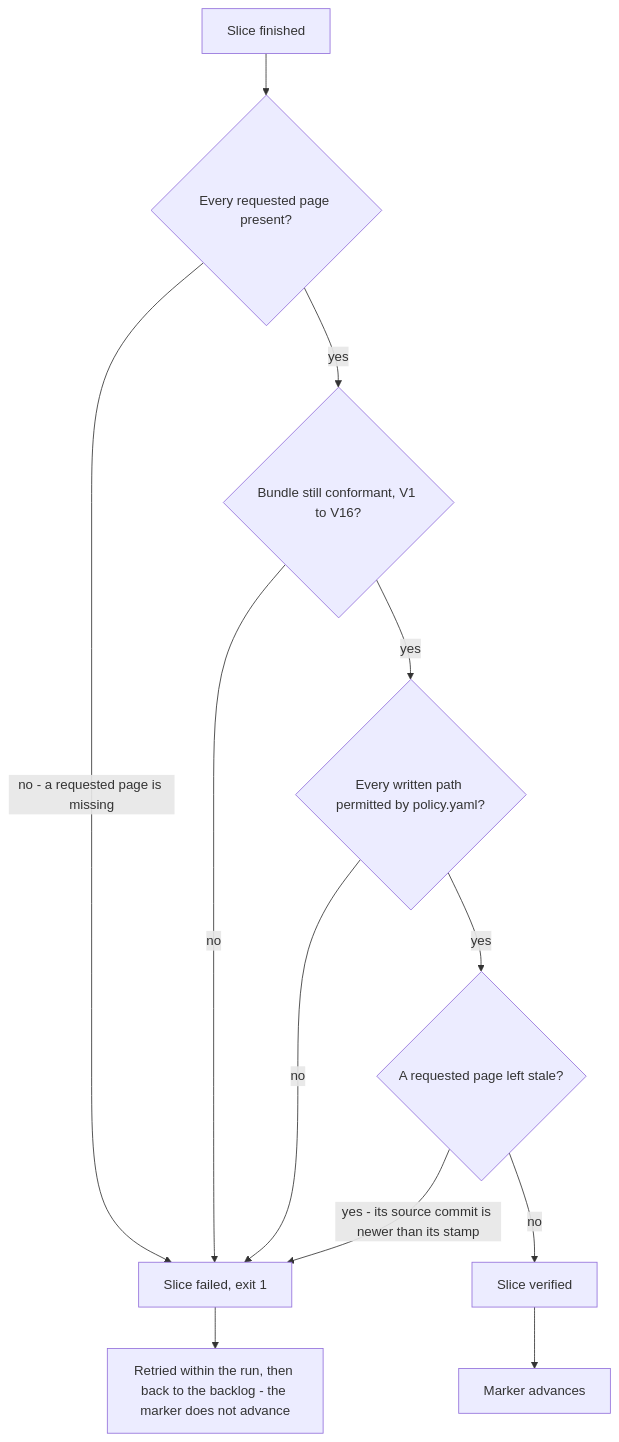
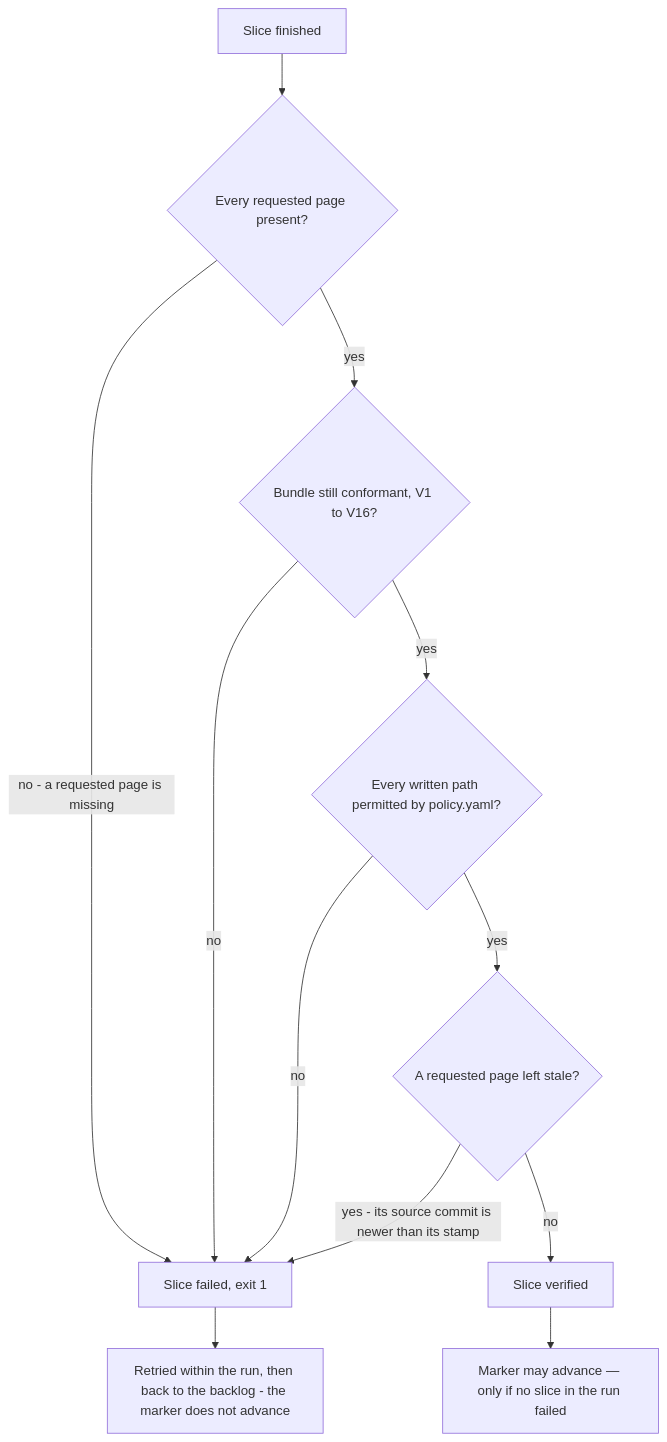
One commit to jumbleknot/MovieCollectionManager changed the second of 2 diagrams in openwiki/runbooks/wiki-maintenance.md. Above: the diagram before and after it, drawn with Mermaid. The commit also changed other lines of this file and 3 other files, not shown here.

````diff
--- a/openwiki/runbooks/wiki-maintenance.md
+++ b/openwiki/runbooks/wiki-maintenance.md
@@ -153,14 +153,14 @@
 ```mermaid
 flowchart TD
     A["Slice finished"] --> B{"Every requested page present?"}
     B -->|"no - a requested page is missing"| F["Slice failed, exit 1"]
     B -->|yes| C{"Bundle still conformant, V1 to V16?"}
     C -->|no| F
     C -->|yes| D{"Every written path permitted by policy.yaml?"}
     D -->|no| F
     D -->|yes| E{"A requested page left stale?"}
     E -->|"yes - its source commit is newer than its stamp"| F
     E -->|no| G["Slice verified"]
     F --> H["Retried within the run, then back to the backlog - the marker does not advance"]
-    G --> I["Marker advances"]
+    G --> I["Marker may advance — only if no slice in the run failed"]
 ```
````
